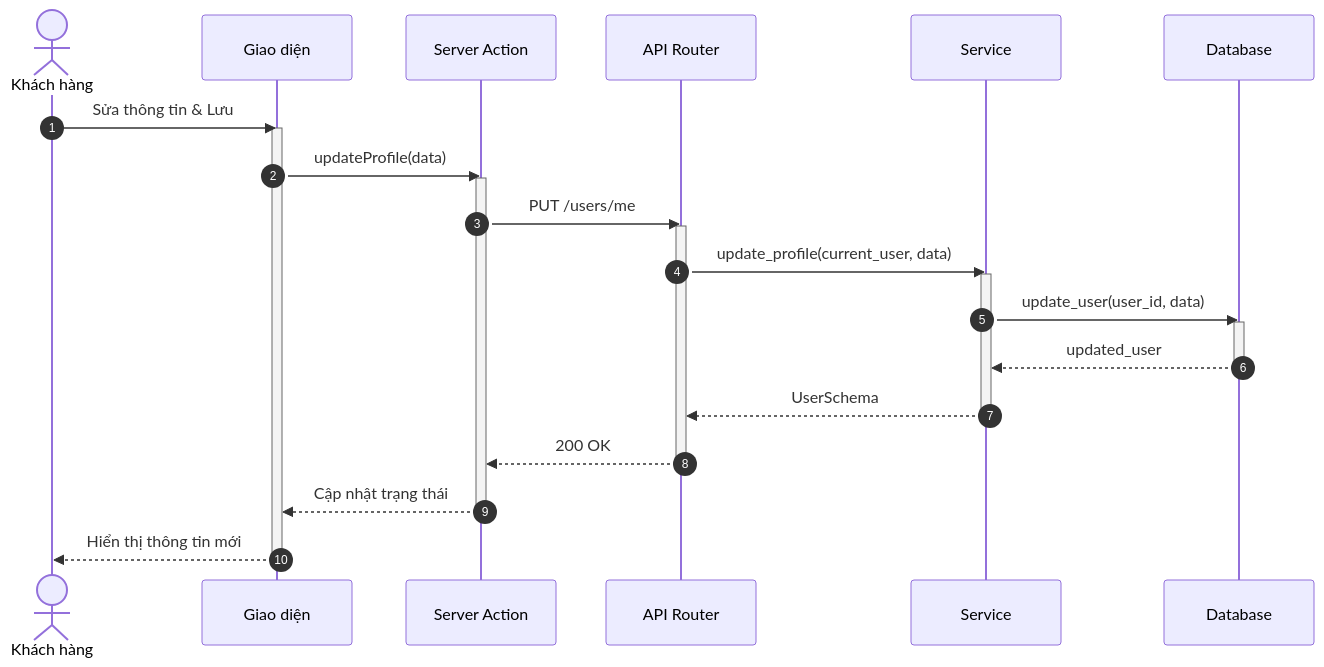
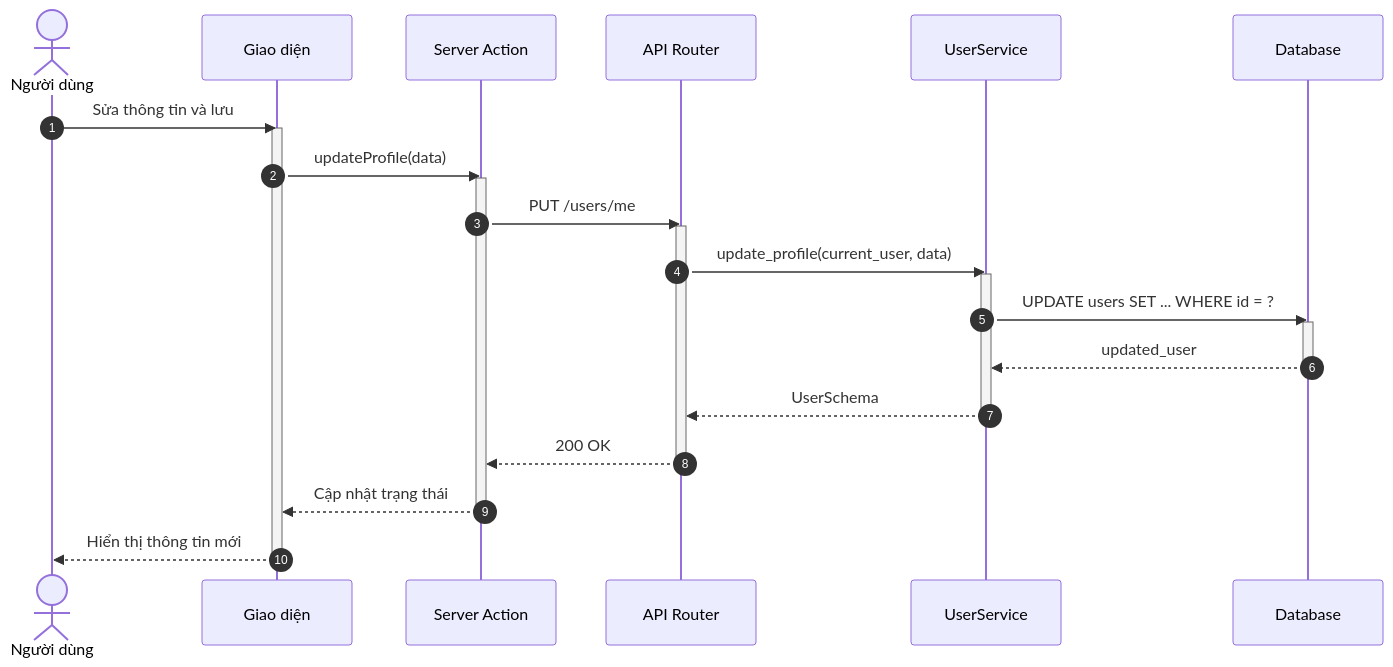
One commit to ngoctinn/Synapse changed the sixth of 7 diagrams in docs/design/sequences/authentication.md. Above: the diagram before and after it, drawn with Mermaid. The commit also changed other lines of this file and 11 other files, not shown here.

Commit message:
docs: Add initial design documentation, including architecture, UI, use cases, and detailed sequence diagrams for various user flows.

````diff
--- a/docs/design/sequences/authentication.md
+++ b/docs/design/sequences/authentication.md
@@ -221,38 +192,38 @@
 ```mermaid
 sequenceDiagram
     autonumber
-    actor KH as Khách hàng
+    actor ND as Người dùng
     participant UI as Giao diện
     participant BFF as Server Action
     participant API as API Router
-    participant S as Service
+    participant S as UserService
     participant DB as Database
 
-    KH->>UI: Sửa thông tin & Lưu
+    ND->>UI: Sửa thông tin và lưu
     activate UI
     UI->>BFF: updateProfile(data)
     activate BFF
 
     BFF->>API: PUT /users/me
     activate API
 
     API->>S: update_profile(current_user, data)
     activate S
 
-    S->>DB: update_user(user_id, data)
+    S->>DB: UPDATE users SET ... WHERE id = ?
     activate DB
     DB-->>S: updated_user
     deactivate DB
 
     S-->>API: UserSchema
     deactivate S
 
     API-->>BFF: 200 OK
     deactivate API
 
     BFF-->>UI: Cập nhật trạng thái
     deactivate BFF
 
-    UI-->>KH: Hiển thị thông tin mới
+    UI-->>ND: Hiển thị thông tin mới
     deactivate UI
 ```
````
